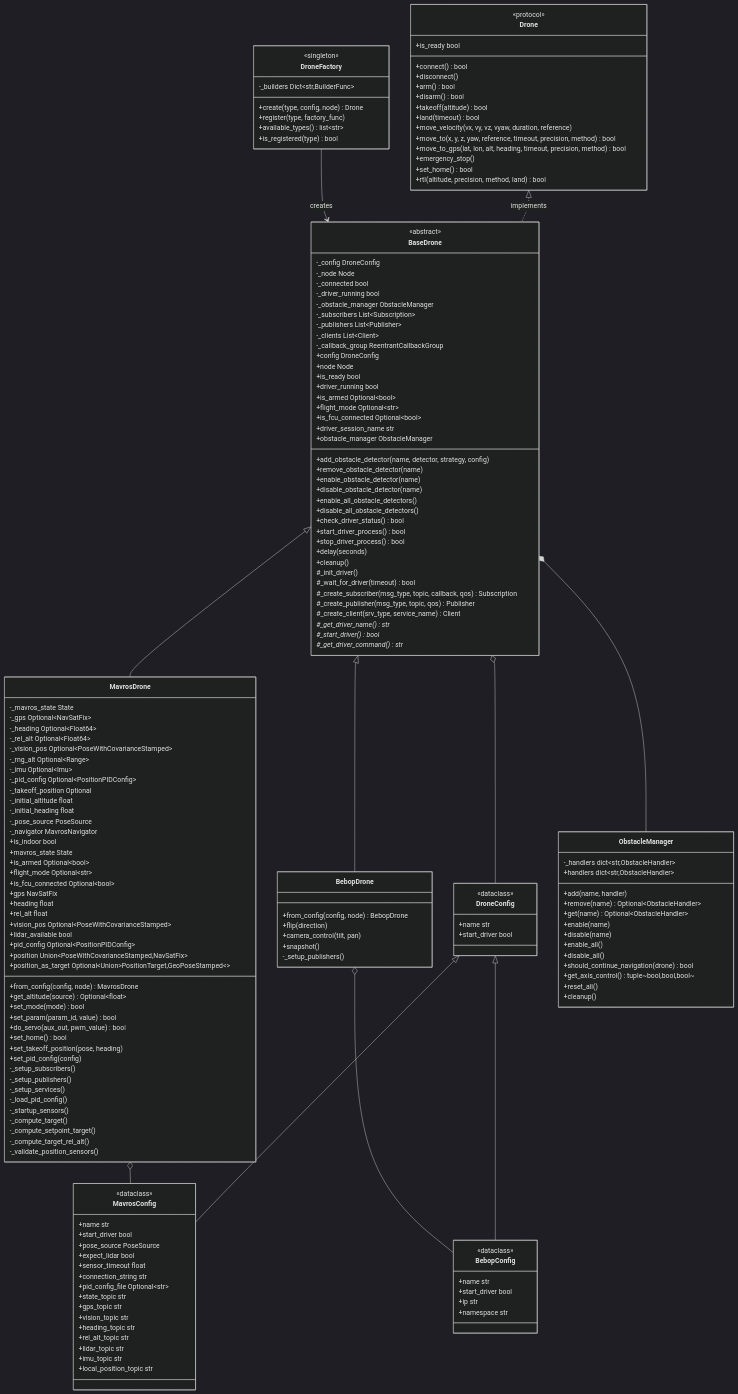
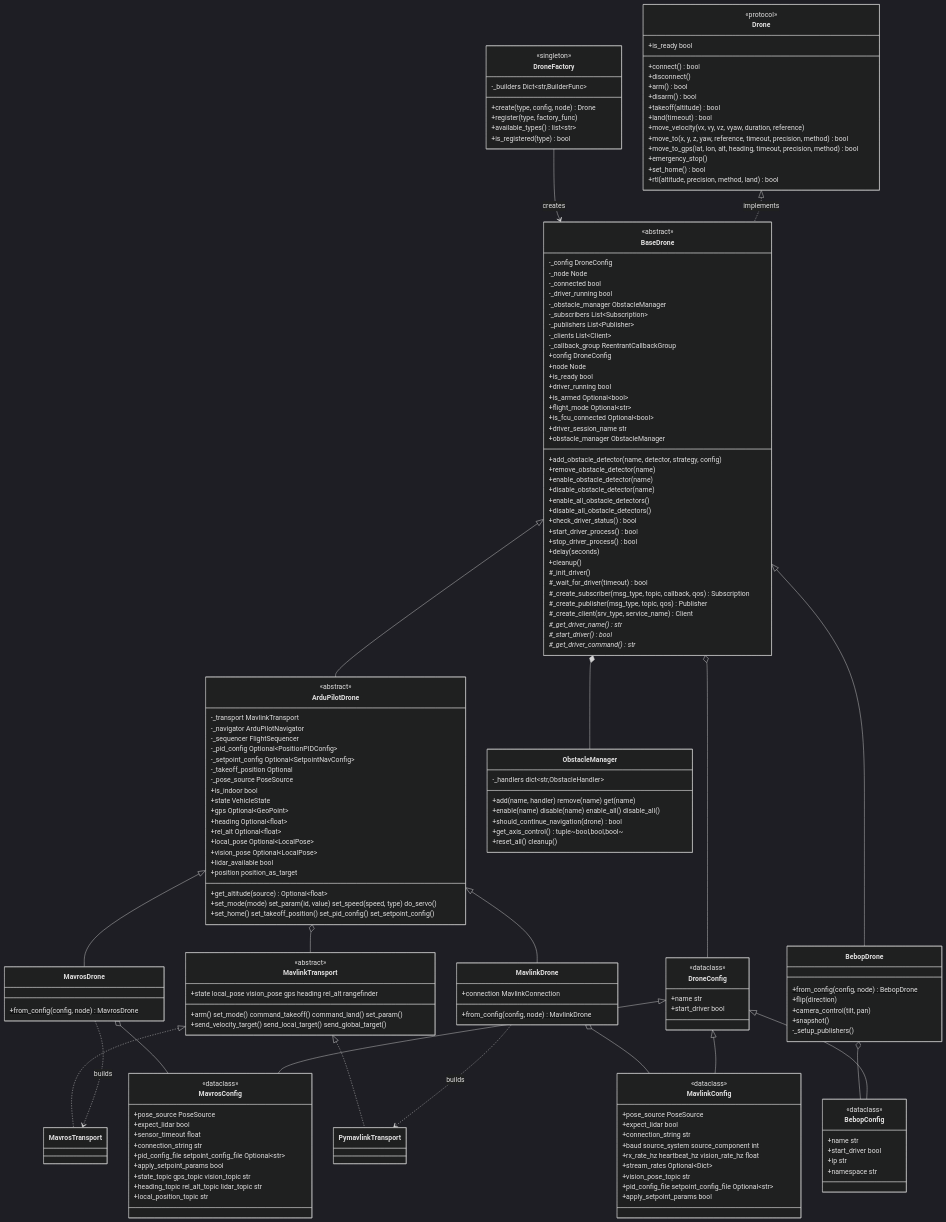
The first of 2 diagrams in nectar/nectar/control/README.md (Black-Bee-Drones/nectar-sdk), drawn with Mermaid (dark theme) before and after one commit. The commit also changed other lines of this file and 7 other files, not shown here.

Commit message:
docs: document Ardupilot core and MAVROS/MAVLink transports

````diff
--- a/nectar/nectar/control/README.md
+++ b/nectar/nectar/control/README.md
@@ -81,51 +83,47 @@
         #_get_driver_command()* str
     }
 
+    class ArduPilotDrone {
+        <<abstract>>
+        -_transport MavlinkTransport
+        -_navigator ArduPilotNavigator
+        -_sequencer FlightSequencer
+        -_pid_config Optional~PositionPIDConfig~
+        -_setpoint_config Optional~SetpointNavConfig~
+        -_takeoff_position Optional
+        -_pose_source PoseSource
+        +is_indoor bool
+        +state VehicleState
+        +gps Optional~GeoPoint~
+        +heading Optional~float~
+        +rel_alt Optional~float~
+        +local_pose Optional~LocalPose~
+        +vision_pose Optional~LocalPose~
+        +lidar_available bool
+        +position position_as_target
+        +get_altitude(source) Optional~float~
+        +set_mode(mode) set_param(id, value) set_speed(speed, type) do_servo()
+        +set_home() set_takeoff_position() set_pid_config() set_setpoint_config()
+    }
+
     class MavrosDrone {
-        -_mavros_state State
-        -_gps Optional~NavSatFix~
-        -_heading Optional~Float64~
-        -_rel_alt Optional~Float64~
-        -_vision_pos Optional~PoseWithCovarianceStamped~
-        -_rng_alt Optional~Range~
-        -_imu Optional~Imu~
-        -_pid_config Optional~PositionPIDConfig~
-        -_takeoff_position Optional
-        -_initial_altitude float
-        -_initial_heading float
-        -_pose_source PoseSource
-        -_navigator MavrosNavigator
-        +is_indoor bool
-        +mavros_state State
-        +is_armed Optional~bool~
-        +flight_mode Optional~str~
-        +is_fcu_connected Optional~bool~
-        +gps NavSatFix
-        +heading float
-        +rel_alt float
-        +vision_pos Optional~PoseWithCovarianceStamped~
-        +lidar_available bool
-        +pid_config Optional~PositionPIDConfig~
-        +position Union~PoseWithCovarianceStamped,NavSatFix~
-        +position_as_target Optional~Union~PositionTarget,GeoPoseStamped~~
         +from_config(config, node)$ MavrosDrone
-        +get_altitude(source) Optional~float~
-        +set_mode(mode) bool
-        +set_param(param_id, value) bool
-        +do_servo(aux_out, pwm_value) bool
-        +set_home() bool
-        +set_takeoff_position(pose, heading)
-        +set_pid_config(config)
-        -_setup_subscribers()
-        -_setup_publishers()
-        -_setup_services()
-        -_load_pid_config()
-        -_startup_sensors()
-        -_compute_target()
-        -_compute_setpoint_target()
-        -_compute_target_rel_alt()
-        -_validate_position_sensors()
     }
+
+    class MavlinkDrone {
+        +connection MavlinkConnection
+        +from_config(config, node)$ MavlinkDrone
+    }
+
+    class MavlinkTransport {
+        <<abstract>>
+        +state local_pose vision_pose gps heading rel_alt rangefinder
+        +arm() set_mode() command_takeoff() command_land() set_param()
+        +send_velocity_target() send_local_target() send_global_target()
+    }
+
+    class MavrosTransport
+    class PymavlinkTransport
 
     class BebopDrone {
         +from_config(config, node)$ BebopDrone
@@ -143,21 +141,28 @@
 
     class MavrosConfig {
         <<dataclass>>
-        +name str
-        +start_driver bool
         +pose_source PoseSource
         +expect_lidar bool
         +sensor_timeout float
         +connection_string str
-        +pid_config_file Optional~str~
-        +state_topic str
-        +gps_topic str
-        +vision_topic str
-        +heading_topic str
-        +rel_alt_topic str
-        +lidar_topic str
-        +imu_topic str
+        +pid_config_file setpoint_config_file Optional~str~
+        +apply_setpoint_params bool
+        +state_topic gps_topic vision_topic str
+        +heading_topic rel_alt_topic lidar_topic str
         +local_position_topic str
+    }
+
+    class MavlinkConfig {
+        <<dataclass>>
+        +pose_source PoseSource
+        +expect_lidar bool
+        +connection_string str
+        +baud source_system source_component int
+        +rx_rate_hz heartbeat_hz vision_rate_hz float
+        +stream_rates Optional~Dict~
+        +vision_pose_topic str
+        +pid_config_file setpoint_config_file Optional~str~
+        +apply_setpoint_params bool
     }
 
     class BebopConfig {
@@ -170,28 +175,30 @@
 
     class ObstacleManager {
         -_handlers dict~str,ObstacleHandler~
-        +handlers dict~str,ObstacleHandler~
-        +add(name, handler)
-        +remove(name) Optional~ObstacleHandler~
-        +get(name) Optional~ObstacleHandler~
-        +enable(name)
-        +disable(name)
-        +enable_all()
-        +disable_all()
+        +add(name, handler) remove(name) get(name)
+        +enable(name) disable(name) enable_all() disable_all()
         +should_continue_navigation(drone) bool
         +get_axis_control() tuple~bool,bool,bool~
-        +reset_all()
-        +cleanup()
+        +reset_all() cleanup()
     }
 
     DroneFactory --> BaseDrone : creates
     Drone <|.. BaseDrone : implements
-    BaseDrone <|-- MavrosDrone
+    BaseDrone <|-- ArduPilotDrone
     BaseDrone <|-- BebopDrone
+    ArduPilotDrone <|-- MavrosDrone
+    ArduPilotDrone <|-- MavlinkDrone
+    ArduPilotDrone o-- MavlinkTransport
+    MavlinkTransport <|.. MavrosTransport
+    MavlinkTransport <|.. PymavlinkTransport
+    MavrosDrone ..> MavrosTransport : builds
+    MavlinkDrone ..> PymavlinkTransport : builds
     BaseDrone *-- ObstacleManager
     BaseDrone o-- DroneConfig
     MavrosDrone o-- MavrosConfig
+    MavlinkDrone o-- MavlinkConfig
     BebopDrone o-- BebopConfig
     DroneConfig <|-- MavrosConfig
+    DroneConfig <|-- MavlinkConfig
     DroneConfig <|-- BebopConfig
 ```
````
